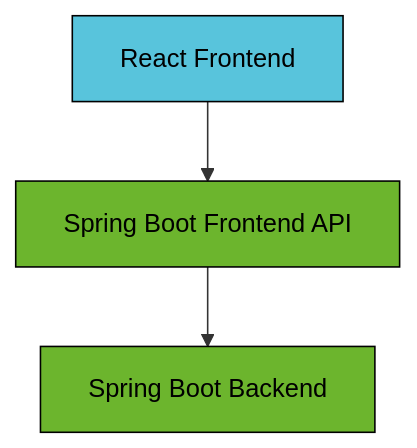
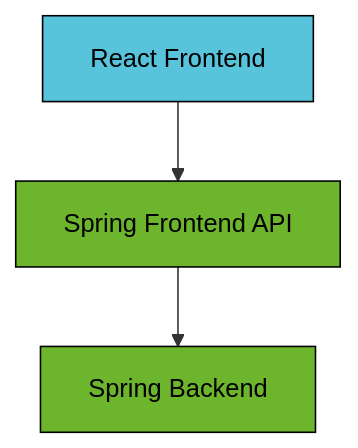
The second of 2 diagrams in README.md (onlyteo/spring-boot-sandbox), drawn with Mermaid before and after one commit. The commit also changed other lines of this file and 153 other files, not shown here.

````diff
--- a/README.md
+++ b/README.md
@@ -51,12 +51,12 @@
 ```mermaid
 graph TD
     A[React Frontend]:::react
-    B[Spring Boot Frontend API]:::spring
-    C[Spring Boot Backend]:::spring
+    B[Spring Frontend API]:::spring
+    C[Spring Backend]:::spring
     
     A --> B
     B --> C
     
     classDef react fill: #58c4dc, stroke: #000000, color: #000000
     classDef spring fill: #6cb52d, stroke: #000000, color: #000000
 ```
````
